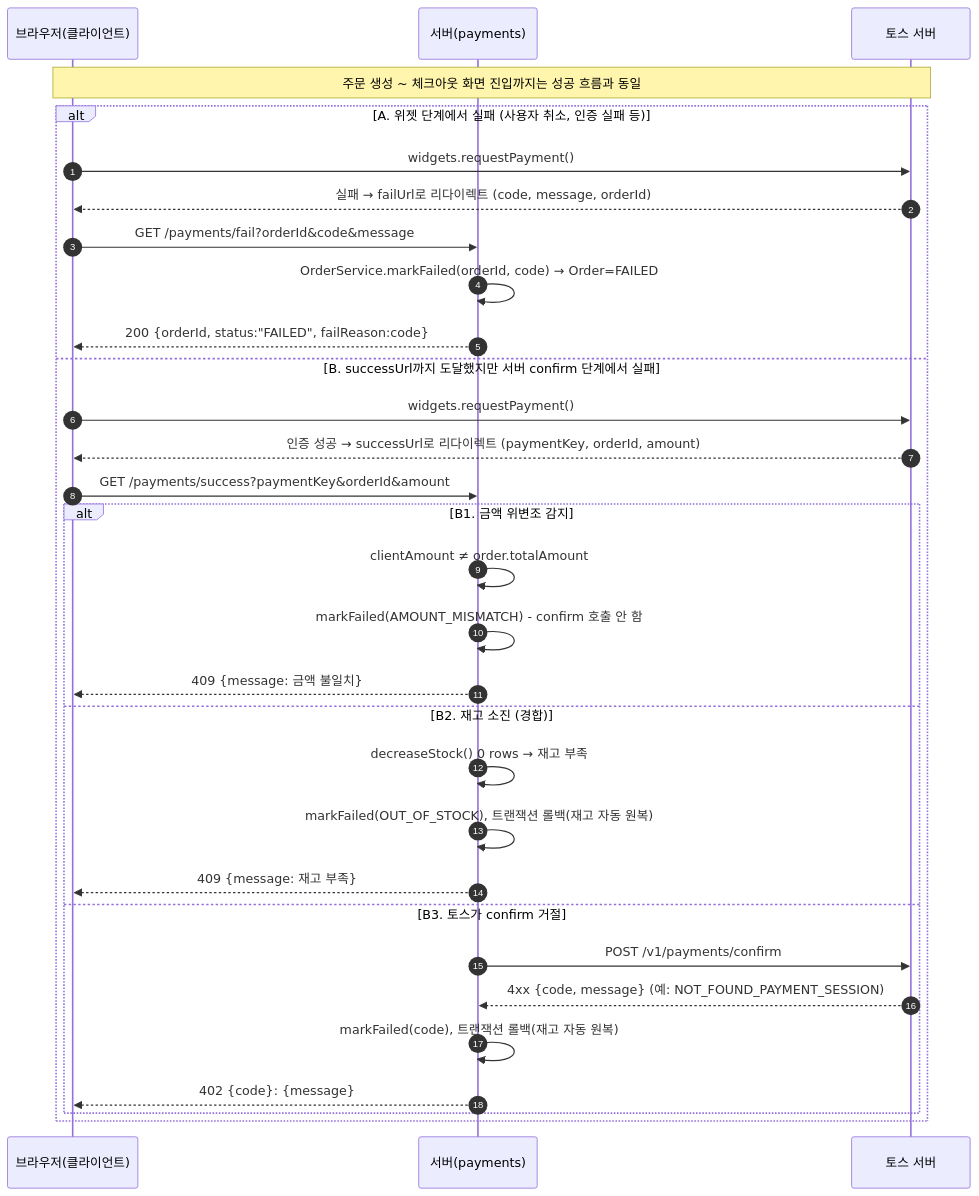
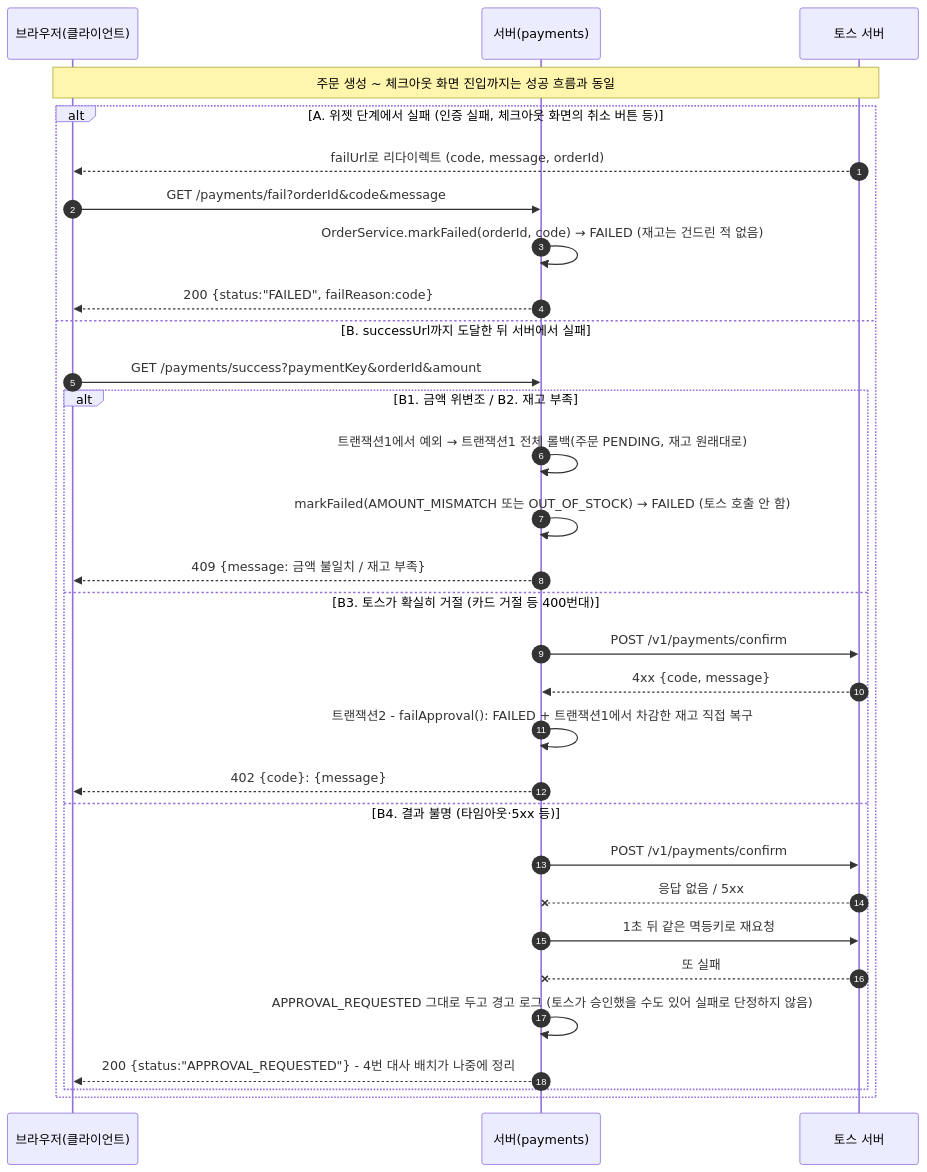
The second of 4 diagrams in docs/payment-flow-sequence.md (ms-ssam/payments), drawn with Mermaid before and after one commit. The commit also changed other lines of this file and 2 other files, not shown here.

Commit message:
문서: 흐름 문서와 README를 트랜잭션 분리·대사 배치 구현에 맞게 갱신

````diff
--- a/docs/payment-flow-sequence.md
+++ b/docs/payment-flow-sequence.md
@@ -38,36 +68,36 @@
 ```mermaid
 sequenceDiagram
     autonumber
     participant B as 브라우저(클라이언트)
     participant S as 서버(payments)
     participant T as 토스 서버
 
     Note over B,T: 주문 생성 ~ 체크아웃 화면 진입까지는 성공 흐름과 동일
 
-    alt A. 위젯 단계에서 실패 (사용자 취소, 인증 실패 등)
-        B->>T: widgets.requestPayment()
-        T-->>B: 실패 → failUrl로 리다이렉트 (code, message, orderId)
+    alt A. 위젯 단계에서 실패 (인증 실패, 체크아웃 화면의 취소 버튼 등)
+        T-->>B: failUrl로 리다이렉트 (code, message, orderId)
         B->>S: GET /payments/fail?orderId&code&message
-        S->>S: OrderService.markFailed(orderId, code) → Order=FAILED
-        S-->>B: 200 {orderId, status:"FAILED", failReason:code}
-    else B. successUrl까지 도달했지만 서버 confirm 단계에서 실패
-        B->>T: widgets.requestPayment()
-        T-->>B: 인증 성공 → successUrl로 리다이렉트 (paymentKey, orderId, amount)
+        S->>S: OrderService.markFailed(orderId, code) → FAILED (재고는 건드린 적 없음)
+        S-->>B: 200 {status:"FAILED", failReason:code}
+    else B. successUrl까지 도달한 뒤 서버에서 실패
         B->>S: GET /payments/success?paymentKey&orderId&amount
 
-        alt B1. 금액 위변조 감지
-            S->>S: clientAmount ≠ order.totalAmount
-            S->>S: markFailed(AMOUNT_MISMATCH) - confirm 호출 안 함
-            S-->>B: 409 {message: 금액 불일치}
-        else B2. 재고 소진 (경합)
-            S->>S: decreaseStock() 0 rows → 재고 부족
-            S->>S: markFailed(OUT_OF_STOCK), 트랜잭션 롤백(재고 자동 원복)
-            S-->>B: 409 {message: 재고 부족}
-        else B3. 토스가 confirm 거절
+        alt B1. 금액 위변조 / B2. 재고 부족
+            S->>S: 트랜잭션1에서 예외 → 트랜잭션1 전체 롤백(주문 PENDING, 재고 원래대로)
+            S->>S: markFailed(AMOUNT_MISMATCH 또는 OUT_OF_STOCK) → FAILED (토스 호출 안 함)
+            S-->>B: 409 {message: 금액 불일치 / 재고 부족}
+        else B3. 토스가 확실히 거절 (카드 거절 등 400번대)
             S->>T: POST /v1/payments/confirm
-            T-->>S: 4xx {code, message} (예: NOT_FOUND_PAYMENT_SESSION)
-            S->>S: markFailed(code), 트랜잭션 롤백(재고 자동 원복)
+            T-->>S: 4xx {code, message}
+            S->>S: 트랜잭션2 - failApproval(): FAILED + 트랜잭션1에서 차감한 재고 직접 복구
             S-->>B: 402 {code}: {message}
+        else B4. 결과 불명 (타임아웃·5xx 등)
+            S->>T: POST /v1/payments/confirm
+            T--xS: 응답 없음 / 5xx
+            S->>T: 1초 뒤 같은 멱등키로 재요청
+            T--xS: 또 실패
+            S->>S: APPROVAL_REQUESTED 그대로 두고 경고 로그 (토스가 승인했을 수도 있어 실패로 단정하지 않음)
+            S-->>B: 200 {status:"APPROVAL_REQUESTED"} - 4번 대사 배치가 나중에 정리
         end
     end
 ```
````
